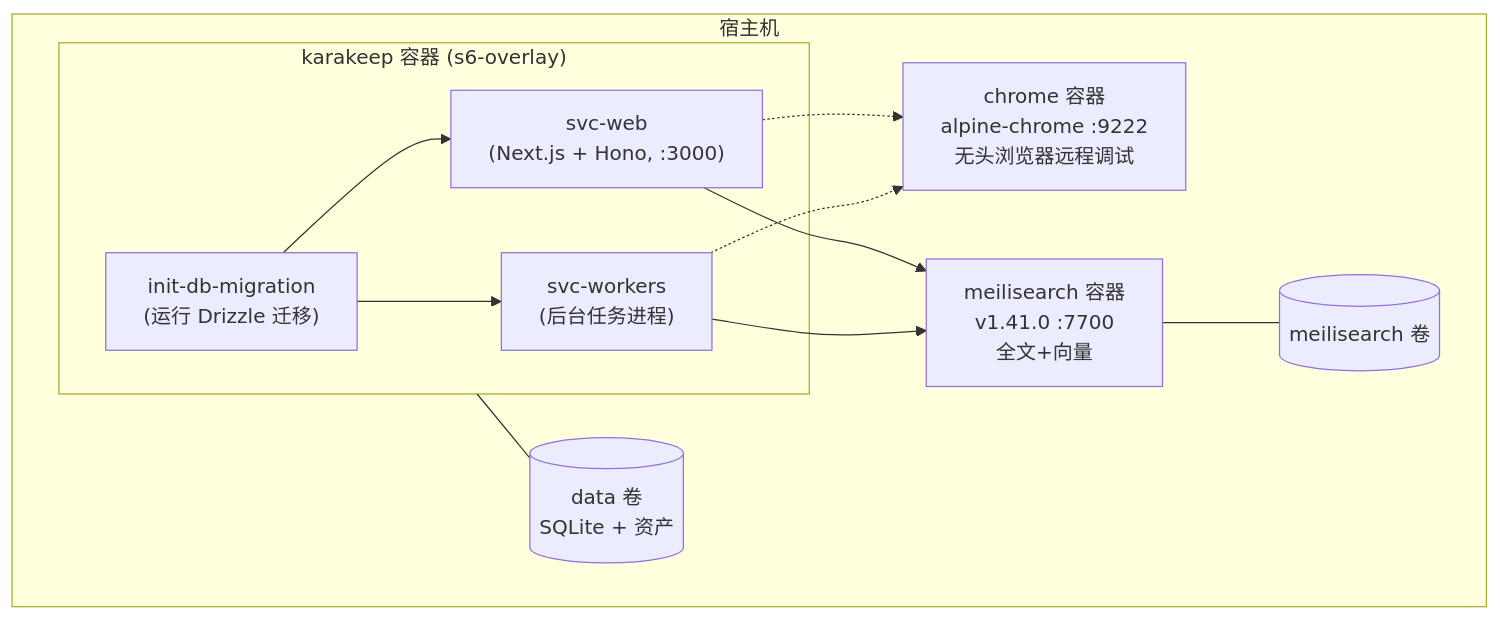
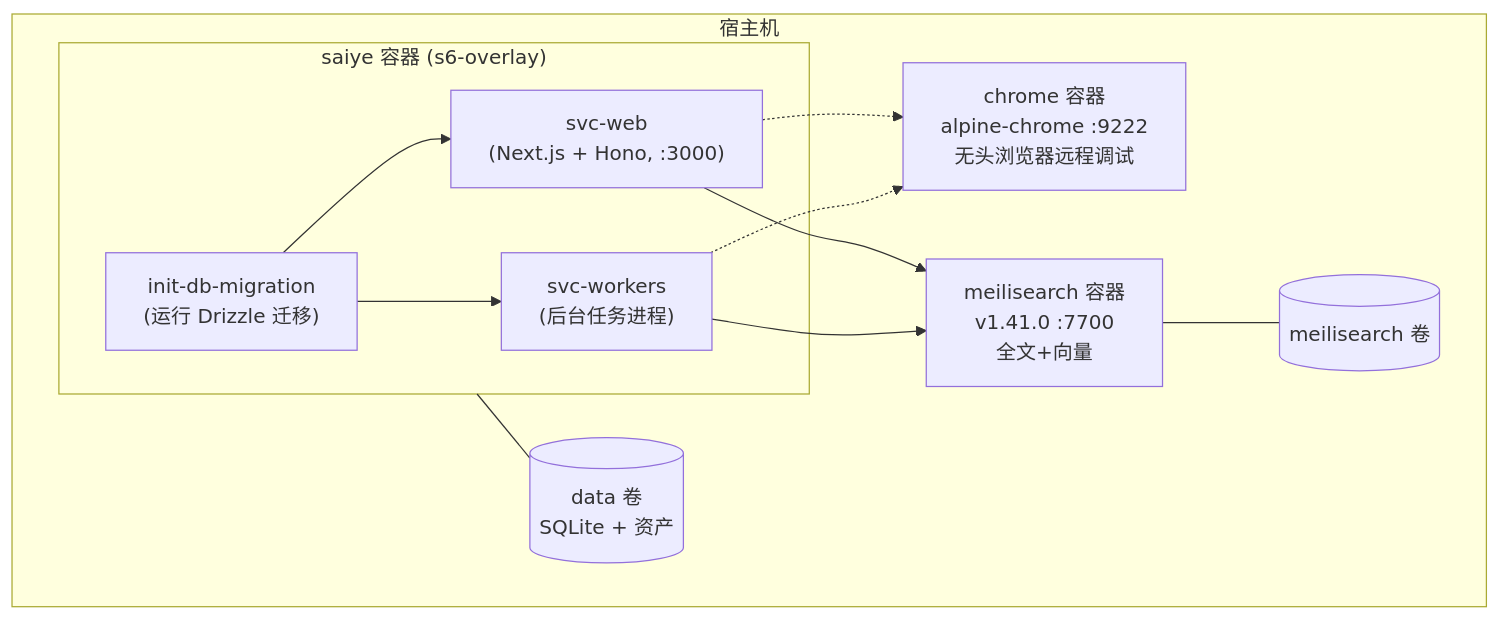
Before and after one commit to adrenalineinmyveins/karakeep: the seventh of 8 diagrams in docs/ARCHITECTURE.md, drawn with Mermaid. The commit also changed other lines of this file and 585 other files, not shown here.

First line of the commit message:
docs: rebrand Karakeep to Saiye across documentation site

````diff
--- a/docs/ARCHITECTURE.md
+++ b/docs/ARCHITECTURE.md
@@ -436,22 +436,22 @@
 ```mermaid
 flowchart TB
     subgraph Host["宿主机"]
-        subgraph KarakeepContainer["karakeep 容器 (s6-overlay)"]
+        subgraph SaiyeContainer["saiye 容器 (s6-overlay)"]
             INIT["init-db-migration\n(运行 Drizzle 迁移)"]
             WEB_SVC["svc-web\n(Next.js + Hono, :3000)"]
             WKR_SVC["svc-workers\n(后台任务进程)"]
             INIT --> WEB_SVC
             INIT --> WKR_SVC
         end
         CHROME["chrome 容器\nalpine-chrome :9222\n无头浏览器远程调试"]
         MEILI["meilisearch 容器\nv1.41.0 :7700\n全文+向量"]
         VOL_DATA[("data 卷\nSQLite + 资产")]
         VOL_MEILI[("meilisearch 卷")]
     end
     WEB_SVC -.-> CHROME
     WKR_SVC -.-> CHROME
     WEB_SVC --> MEILI
     WKR_SVC --> MEILI
-    KarakeepContainer --- VOL_DATA
+    SaiyeContainer --- VOL_DATA
     MEILI --- VOL_MEILI
 ```
````
